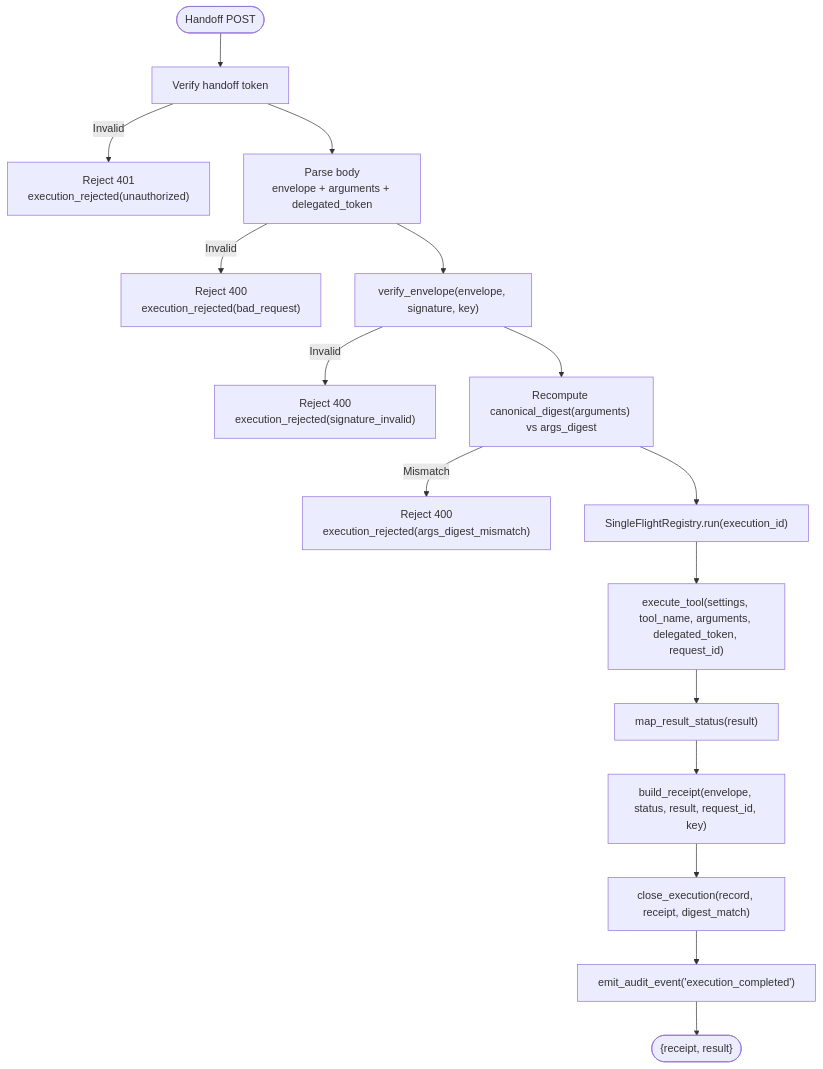
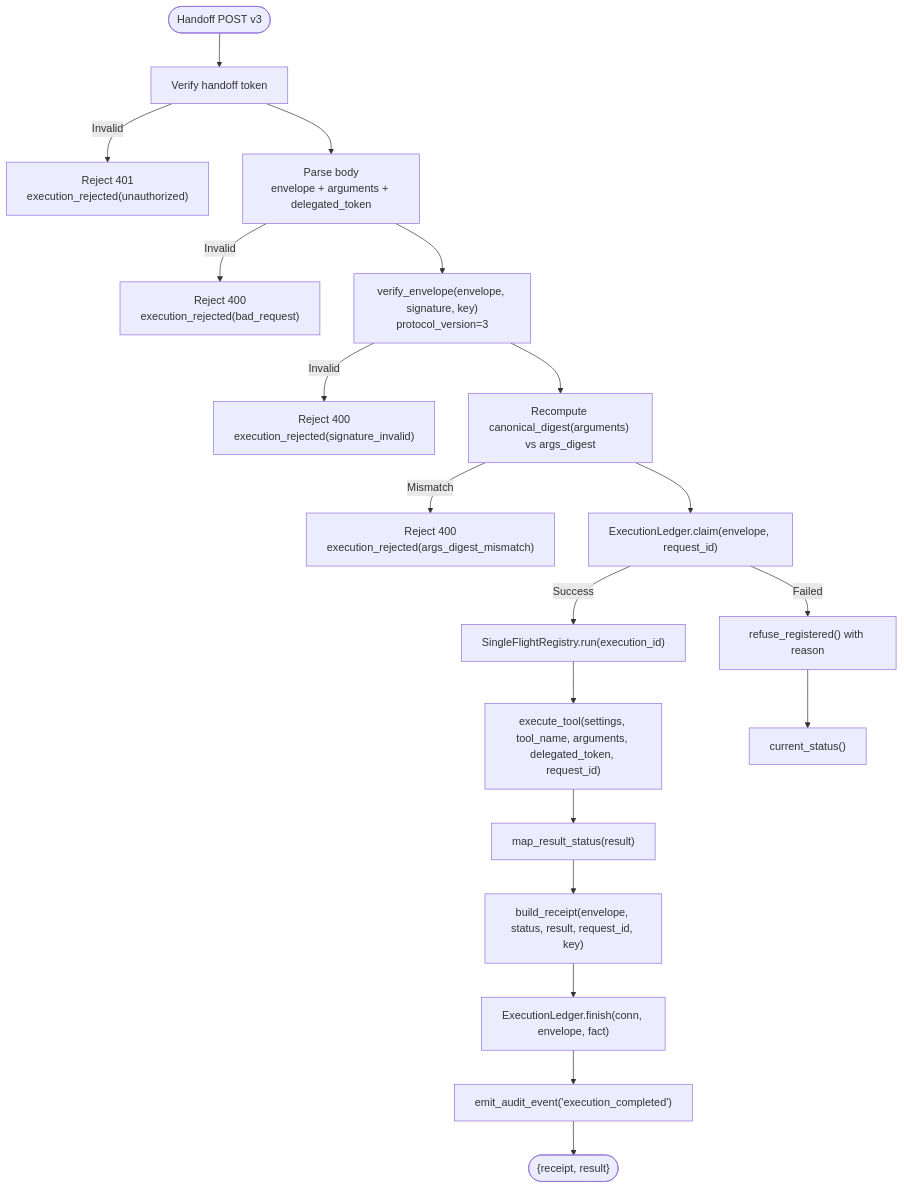
Before and after one commit to metasync/luban-aiops: the third of 7 diagrams in .qoder/repowiki/en/content/Tool Execution Framework/Execution Runtime/Execution Runtime.md, drawn with Mermaid. The commit also changed other lines of this file and 19 other files, not shown here.

````diff
--- a/.qoder/repowiki/en/content/Tool Execution Framework/Execution Runtime/Execution Runtime.md
+++ b/.qoder/repowiki/en/content/Tool Execution Framework/Execution Runtime/Execution Runtime.md
@@ -147,18 +177,21 @@
 ```mermaid
 flowchart TD
-Start(["Handoff POST"]) --> Auth["Verify handoff token"]
+Start(["Handoff POST v3"]) --> Auth["Verify handoff token"]
 Auth --> |Invalid| RejectAuth["Reject 401<br/>execution_rejected(unauthorized)"]
 Auth --> Parse["Parse body<br/>envelope + arguments + delegated_token"]
 Parse --> |Invalid| RejectBad["Reject 400<br/>execution_rejected(bad_request)"]
-Parse --> VerifySig["verify_envelope(envelope, signature, key)"]
+Parse --> VerifySig["verify_envelope(envelope, signature, key)<br/>protocol_version=3"]
 VerifySig --> |Invalid| RejectSig["Reject 400<br/>execution_rejected(signature_invalid)"]
 VerifySig --> DigestCheck["Recompute canonical_digest(arguments) vs args_digest"]
 DigestCheck --> |Mismatch| RejectDigest["Reject 400<br/>execution_rejected(args_digest_mismatch)"]
-DigestCheck --> SingleFlight["SingleFlightRegistry.run(execution_id)"]
+DigestCheck --> Claim["ExecutionLedger.claim(envelope, request_id)"]
+Claim --> |Success| SingleFlight["SingleFlightRegistry.run(execution_id)"]
+Claim --> |Failed| Refuse["refuse_registered() with reason"]
 SingleFlight --> Execute["execute_tool(settings, tool_name, arguments, delegated_token, request_id)"]
 Execute --> MapStatus["map_result_status(result)"]
 MapStatus --> Receipt["build_receipt(envelope, status, result, request_id, key)"]
-Receipt --> Close["close_execution(record, receipt, digest_match)"]
-Close --> Emit["emit_audit_event('execution_completed')"]
+Receipt --> Finish["ExecutionLedger.finish(conn, envelope, fact)"]
+Finish --> Emit["emit_audit_event('execution_completed')"]
 Emit --> Return(["{receipt, result}"])
+Refuse --> Status["current_status()"]
 ```
````
